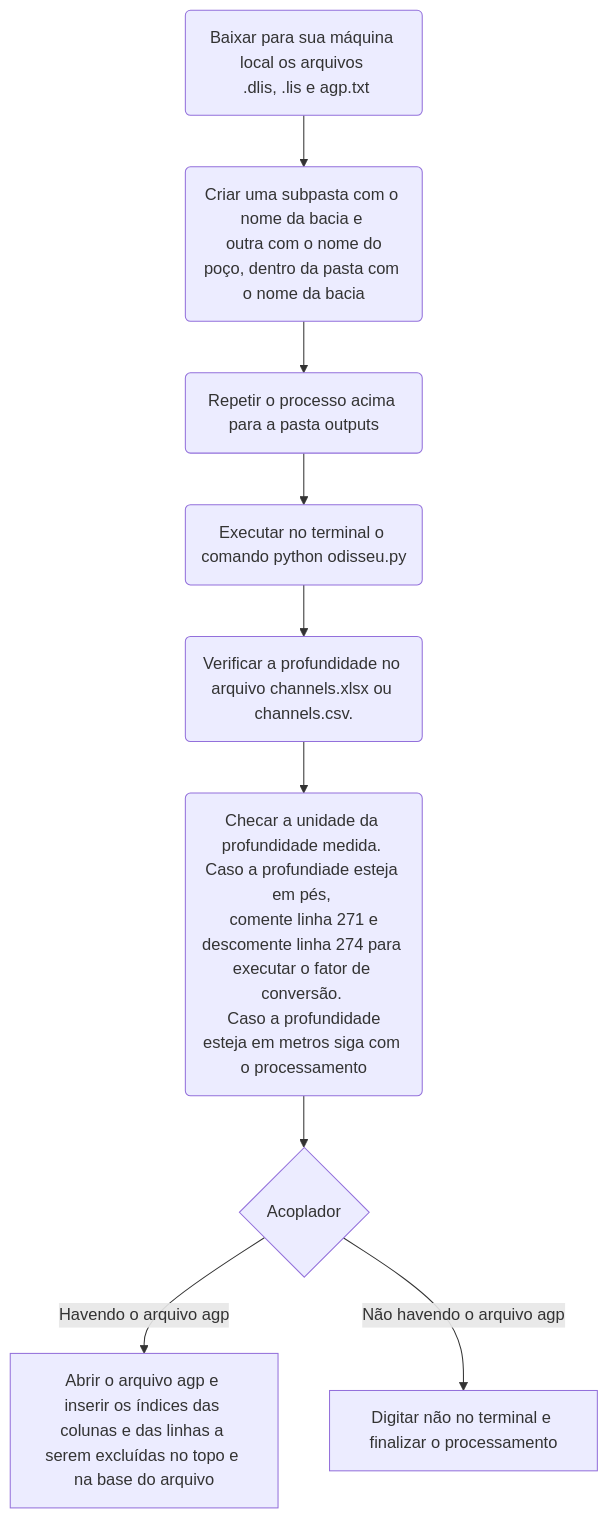
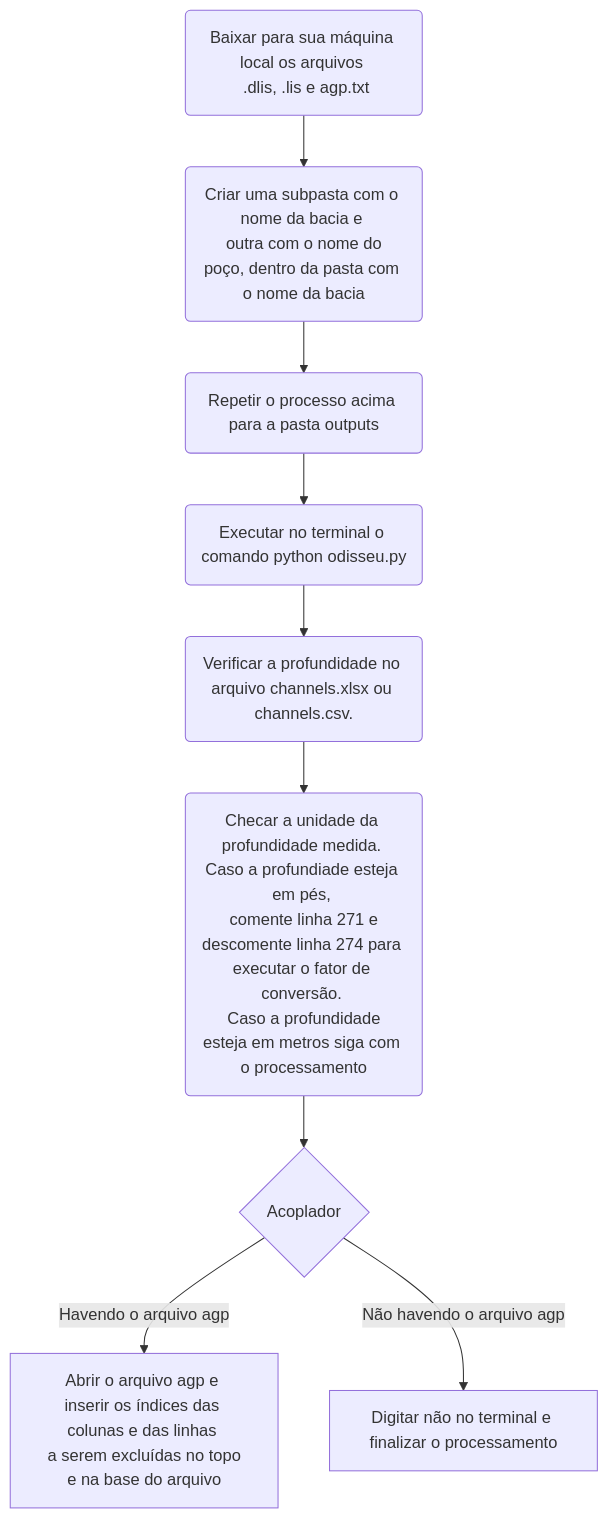
Before and after one commit to PR-4/Odisseia: the diagram in README.md, drawn with Mermaid.

````diff
--- a/README.md
+++ b/README.md
@@ -18,16 +18,16 @@
 ```mermaid
 flowchart TD
 
 A(Baixar para sua máquina local os arquivos \n .dlis, .lis e agp.txt) --> B(Criar uma subpasta com o nome da bacia e \n outra com o nome do poço, dentro da pasta com o nome da bacia)
     B --> C(Repetir o processo acima para a pasta outputs)
     C --> D(Executar no terminal o comando python odisseu.py)
     D --> E(Verificar a profundidade no arquivo channels.xlsx ou channels.csv. ) 
     E --> F(Checar a unidade da profundidade medida. Caso a profundiade esteja em pés, \n comente linha 271 e descomente linha 274 para executar o fator de conversão. \n Caso a profundidade esteja em metros siga com o processamento)
     F --> G(Alimentar a lista propriedades com as propriedades alvo)
 
                G{Acoplador}
-   G --> |Havendo o arquivo agp| H[Abrir o arquivo agp e inserir os índices das colunas e das linhas a serem excluídas no topo e na base do arquivo]   
+   G --> |Havendo o arquivo agp| H[Abrir o arquivo agp e inserir os índices das colunas e das linhas \n a serem excluídas no topo e na base do arquivo]   
    G --> |Não havendo o arquivo agp| I[Digitar não no terminal e finalizar o processamento]
 
 
 ```
````
